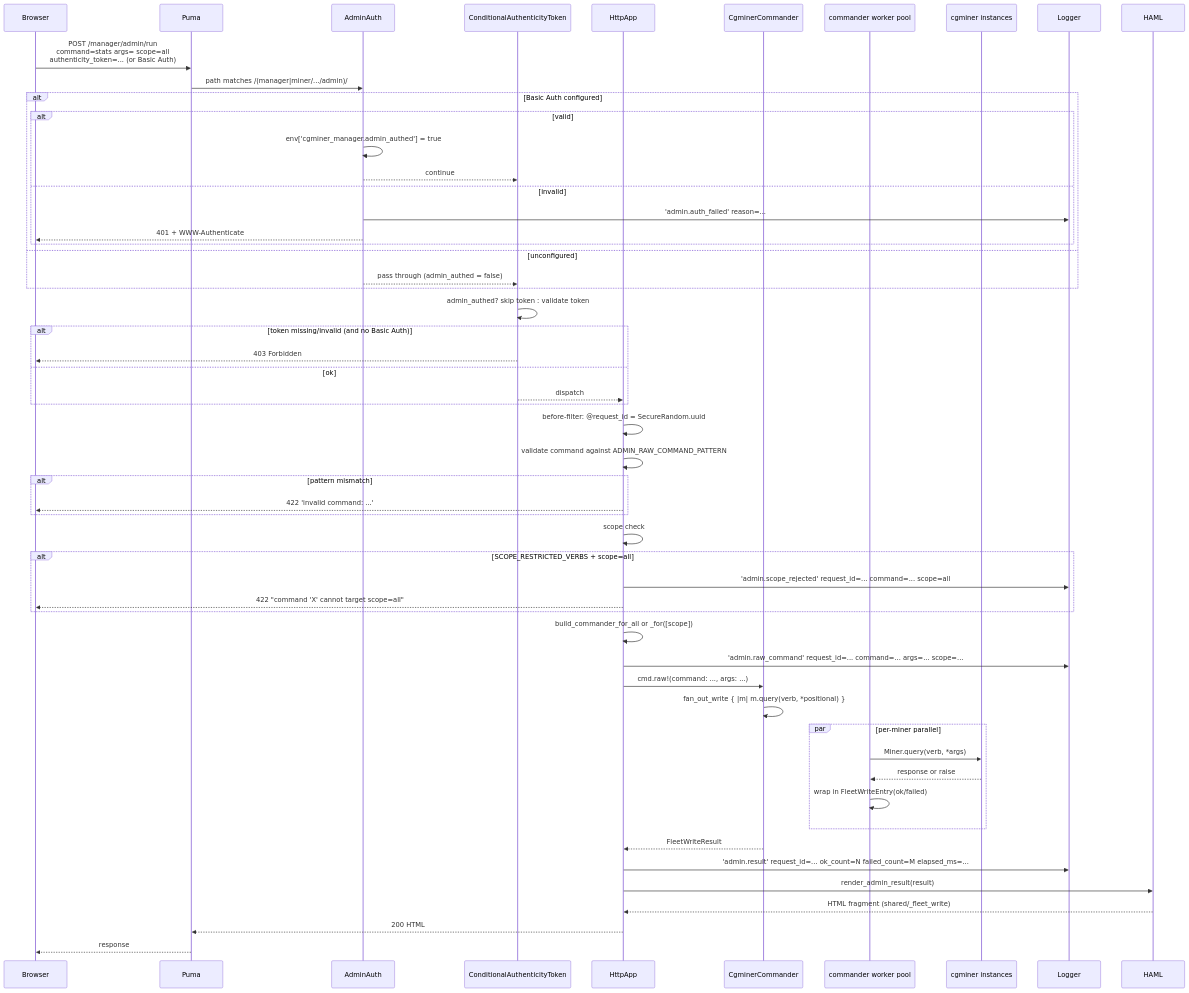
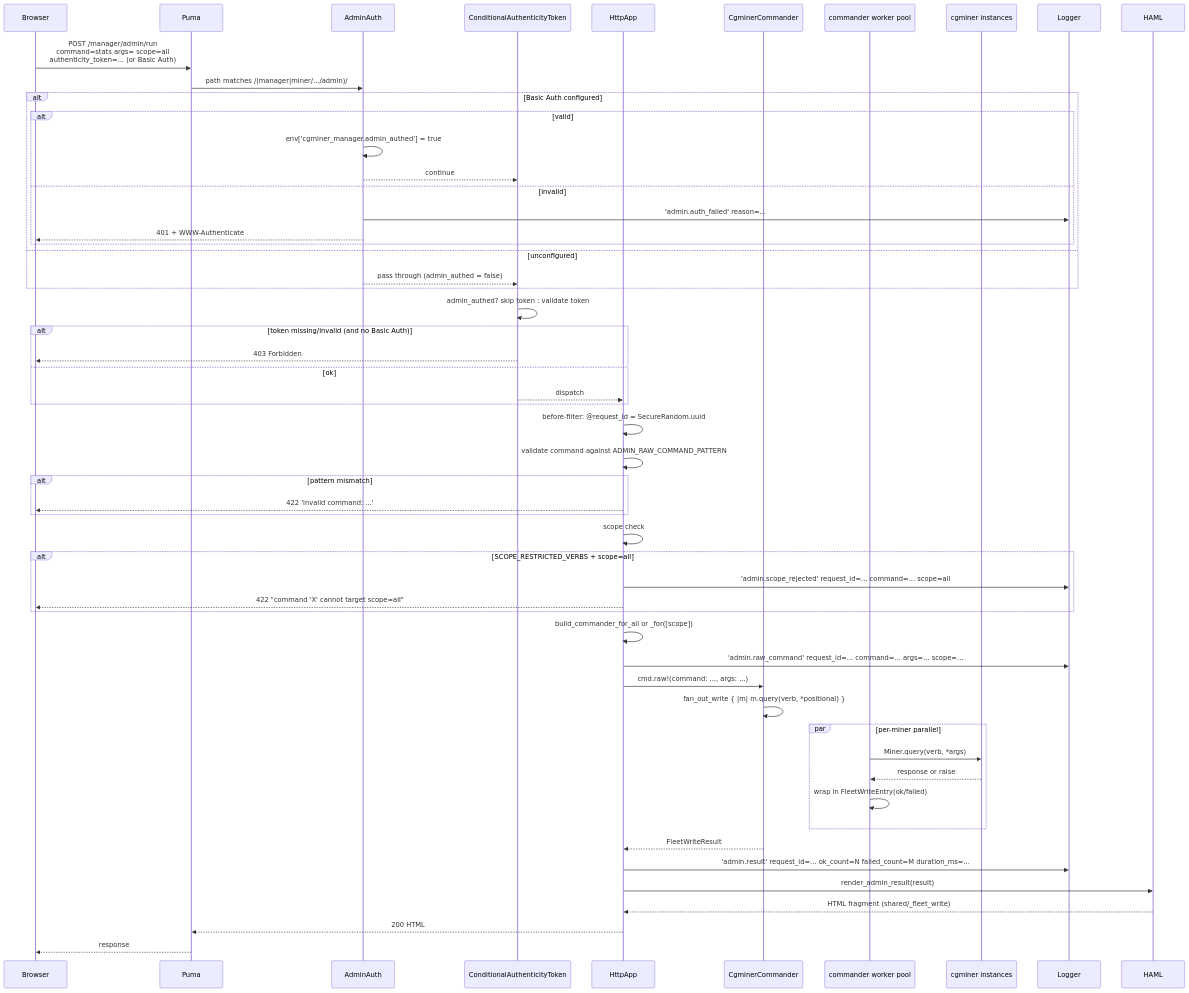
The fourth of 5 diagrams in docs/workflows.md (jramos/cgminer_manager), drawn with Mermaid before and after one commit. The commit also changed other lines of this file and 6 other files, not shown here.

````diff
--- a/docs/workflows.md
+++ b/docs/workflows.md
@@ -164,61 +164,61 @@
 ```mermaid
 sequenceDiagram
     participant Browser
     participant Puma
     participant AA as AdminAuth
     participant CSRF as ConditionalAuthenticityToken
     participant HttpApp
     participant Cmdr as CgminerCommander
     participant Workers as commander worker pool
     participant Miners as cgminer instances
 
     Browser->>Puma: POST /manager/admin/run<br/>command=stats args= scope=all<br/>authenticity_token=... (or Basic Auth)
     Puma->>AA: path matches /(manager|miner/.../admin)/
 
     alt Basic Auth configured
         alt valid
             AA->>AA: env['cgminer_manager.admin_authed'] = true
             AA-->>CSRF: continue
         else invalid
             AA->>Logger: 'admin.auth_failed' reason=...
             AA-->>Browser: 401 + WWW-Authenticate
         end
     else unconfigured
         AA-->>CSRF: pass through (admin_authed = false)
     end
 
     CSRF->>CSRF: admin_authed? skip token : validate token
     alt token missing/invalid (and no Basic Auth)
         CSRF-->>Browser: 403 Forbidden
     else ok
         CSRF-->>HttpApp: dispatch
     end
 
     HttpApp->>HttpApp: before-filter: @request_id = SecureRandom.uuid
     HttpApp->>HttpApp: validate command against ADMIN_RAW_COMMAND_PATTERN
     alt pattern mismatch
         HttpApp-->>Browser: 422 'invalid command: ...'
     end
     HttpApp->>HttpApp: scope check
     alt SCOPE_RESTRICTED_VERBS + scope=all
         HttpApp->>Logger: 'admin.scope_rejected' request_id=... command=... scope=all
         HttpApp-->>Browser: 422 "command 'X' cannot target scope=all"
     end
     HttpApp->>HttpApp: build_commander_for_all or _for([scope])
     HttpApp->>Logger: 'admin.raw_command' request_id=... command=... args=... scope=...
 
     HttpApp->>Cmdr: cmd.raw!(command: ..., args: ...)
     Cmdr->>Cmdr: fan_out_write { |m| m.query(verb, *positional) }
     par per-miner parallel
         Workers->>Miners: Miner.query(verb, *args)
         Miners-->>Workers: response or raise
         Workers->>Workers: wrap in FleetWriteEntry(ok/failed)
     end
     Cmdr-->>HttpApp: FleetWriteResult
 
-    HttpApp->>Logger: 'admin.result' request_id=... ok_count=N failed_count=M elapsed_ms=...
+    HttpApp->>Logger: 'admin.result' request_id=... ok_count=N failed_count=M duration_ms=...
     HttpApp->>HAML: render_admin_result(result)
     HAML-->>HttpApp: HTML fragment (shared/_fleet_write)
     HttpApp-->>Puma: 200 HTML
     Puma-->>Browser: response
 ```
````
